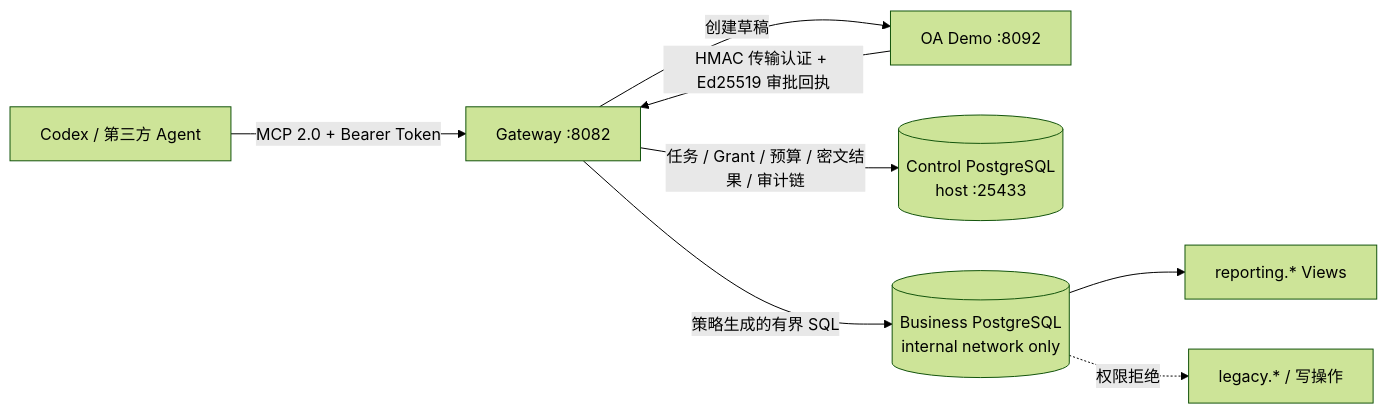
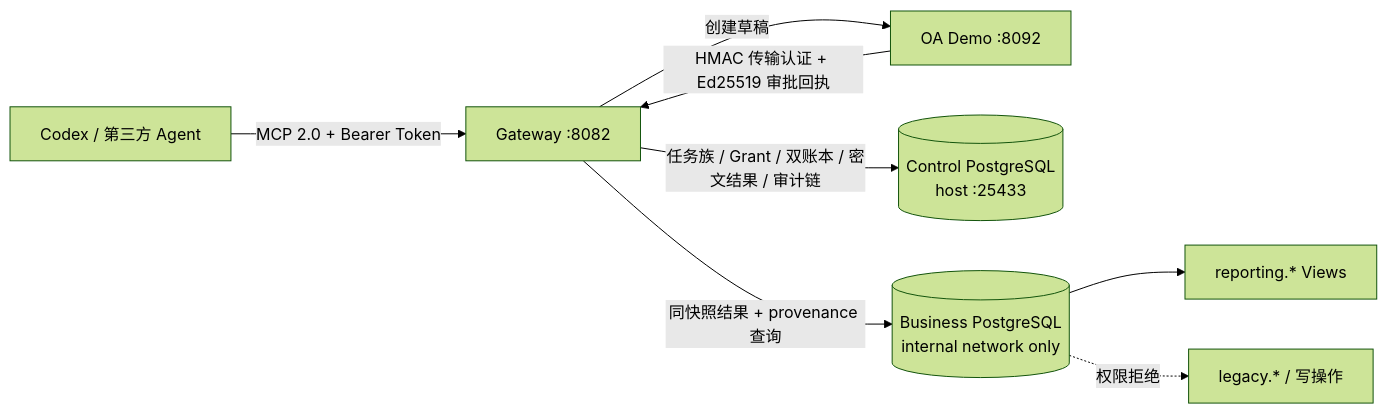
The diagram in docs/architecture.md (wuminmin/agent_task_gateway), drawn with Mermaid (forest theme) before and after one commit. The commit also changed other lines of this file and 86 other files, not shown here.

````diff
--- a/docs/architecture.md
+++ b/docs/architecture.md
@@ -5,10 +8,10 @@
 ```mermaid
 flowchart LR
     A[Codex / 第三方 Agent] -->|MCP 2.0 + Bearer Token| G[Gateway :8082]
     G -->|创建草稿| O[OA Demo :8092]
     O -->|HMAC 传输认证 + Ed25519 审批回执| G
-    G -->|任务 / Grant / 预算 / 密文结果 / 审计链| C[(Control PostgreSQL<br/>host :25433)]
-    G -->|策略生成的有界 SQL| B[(Business PostgreSQL<br/>internal network only)]
+    G -->|任务族 / Grant / 双账本 / 密文结果 / 审计链| C[(Control PostgreSQL<br/>host :25433)]
+    G -->|同快照结果 + provenance 查询| B[(Business PostgreSQL<br/>internal network only)]
     B --> V[reporting.* Views]
     B -. 权限拒绝 .-> X[legacy.* / 写操作]
 ```
````
